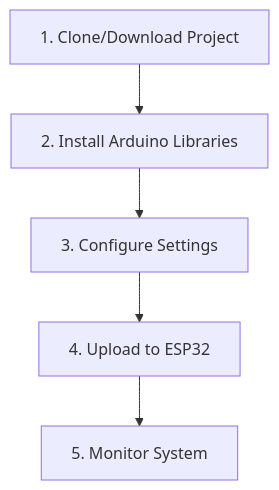
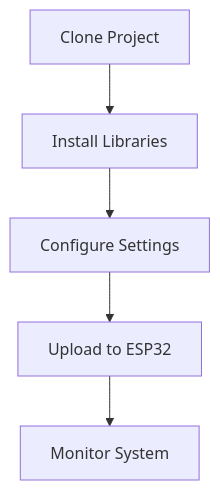
Before and after one commit to abdo-sayed1/Industrial_Predictive_Maintenance_AIoT: the fifth of 9 diagrams in README.md, drawn with Mermaid. The commit also changed other lines of this file, not shown here.

````diff
--- a/README.md
+++ b/README.md
@@ -436,7 +334,7 @@
 ```mermaid
 graph TD
-    A[1. Clone/Download Project] --> B[2. Install Arduino Libraries]
-    B --> C[3. Configure Settings]
-    C --> D[4. Upload to ESP32]
-    D --> E[5. Monitor System]
+    A[Clone Project] --> B[Install Libraries]
+    B --> C[Configure Settings]
+    C --> D[Upload to ESP32]
+    D --> E[Monitor System]
 ```
````
